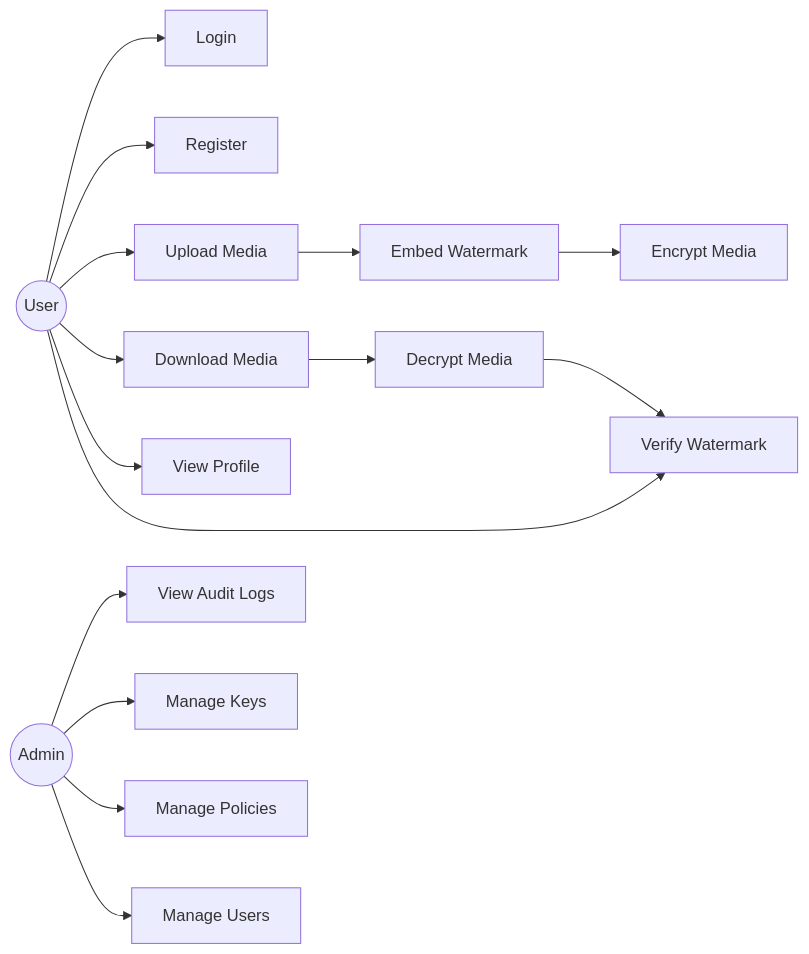
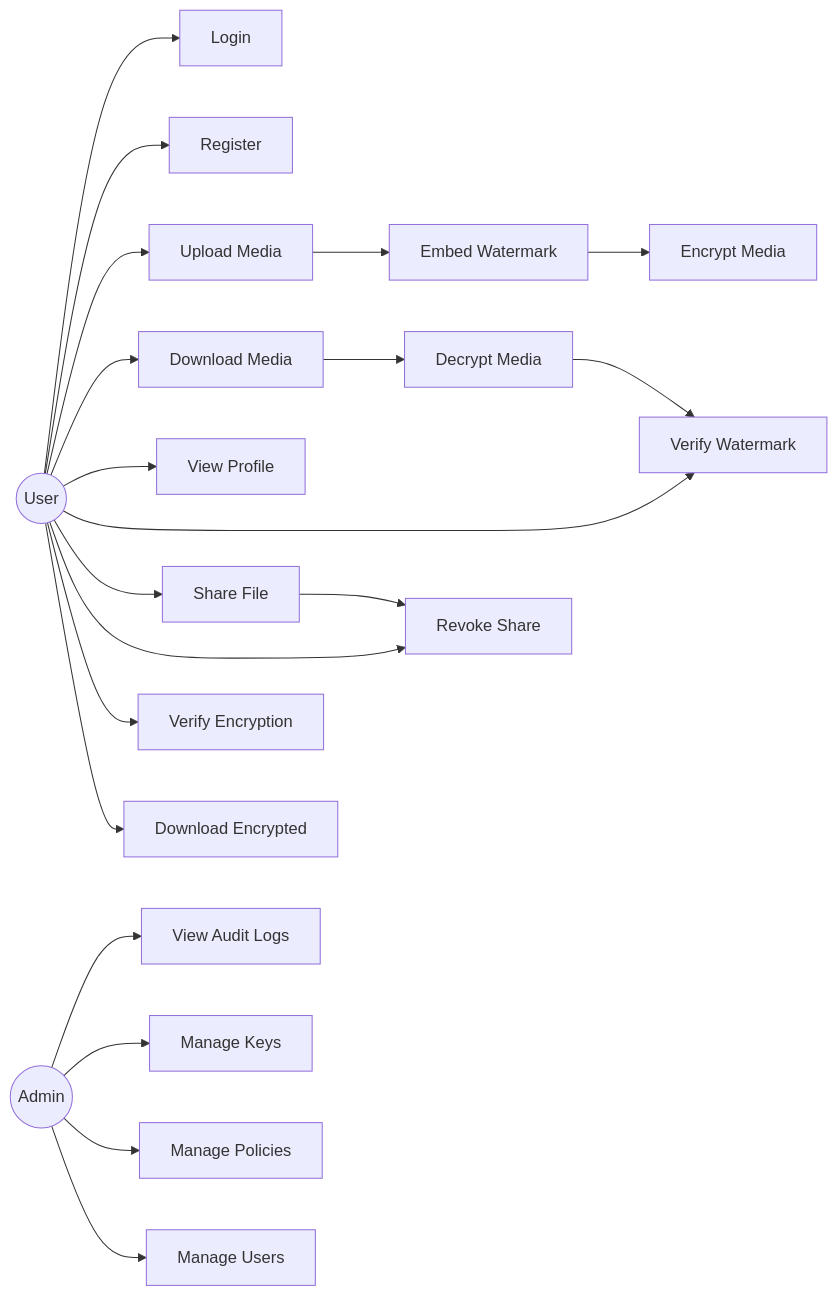
Before and after one commit to Gopi1603/videoaudio: the first of 8 diagrams in docs/uml-diagrams.md, drawn with Mermaid. The commit also changed other lines of this file and 18 other files, not shown here.

First line of the commit message:
docs: update all 16 MD files with new features (sharing, verify encryption, download encrypted, upload spinner)

````diff
--- a/docs/uml-diagrams.md
+++ b/docs/uml-diagrams.md
@@ -8,34 +8,43 @@
 ```mermaid
 flowchart LR
   user((User))
   admin((Admin))
 
   uc_login[Login]
   uc_register[Register]
   uc_upload[Upload Media]
   uc_watermark[Embed Watermark]
   uc_encrypt[Encrypt Media]
   uc_download[Download Media]
   uc_decrypt[Decrypt Media]
   uc_verify[Verify Watermark]
   uc_profile[View Profile]
+  uc_share[Share File]
+  uc_revoke[Revoke Share]
+  uc_verify_enc[Verify Encryption]
+  uc_download_enc[Download Encrypted]
   uc_audit[View Audit Logs]
   uc_keys[Manage Keys]
   uc_policies[Manage Policies]
   uc_users[Manage Users]
 
   user --> uc_login
   user --> uc_register
   user --> uc_upload
   user --> uc_download
   user --> uc_profile
   user --> uc_verify
+  user --> uc_share
+  user --> uc_revoke
+  user --> uc_verify_enc
+  user --> uc_download_enc
 
   admin --> uc_audit
   admin --> uc_keys
   admin --> uc_policies
   admin --> uc_users
 
   uc_upload --> uc_watermark --> uc_encrypt
   uc_download --> uc_decrypt --> uc_verify
+  uc_share --> uc_revoke
 ```
````
